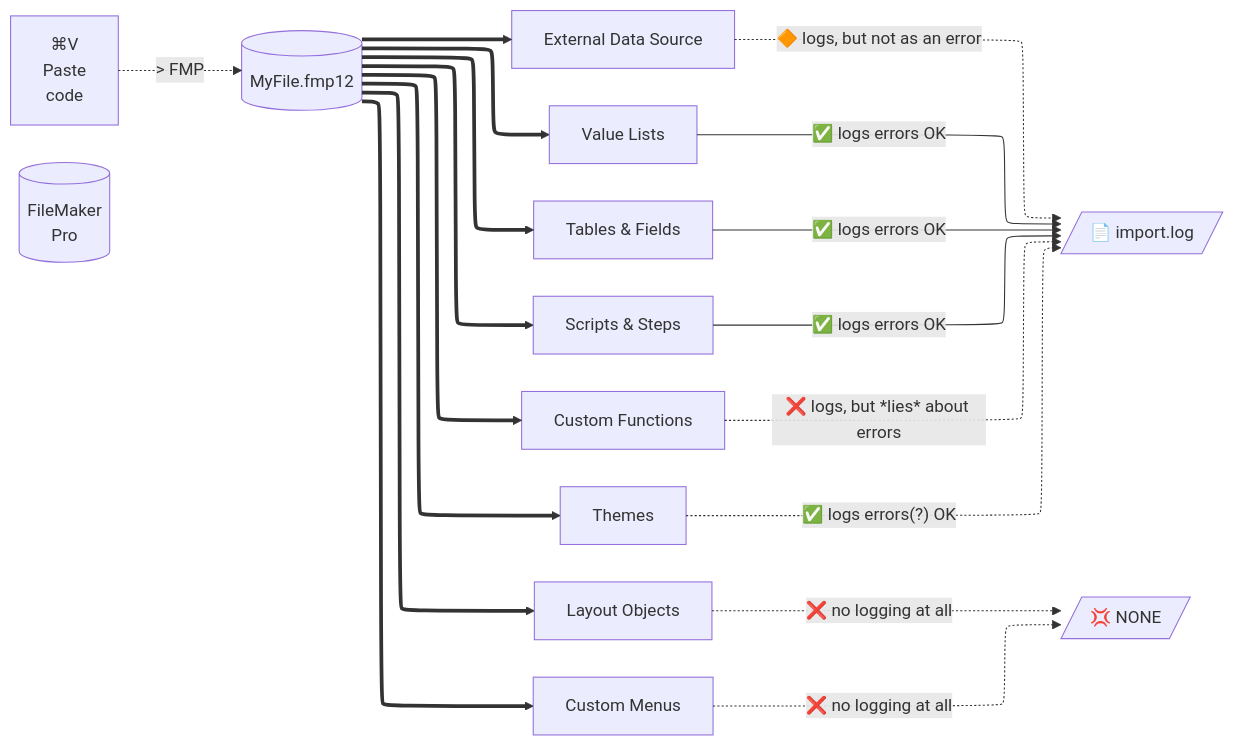
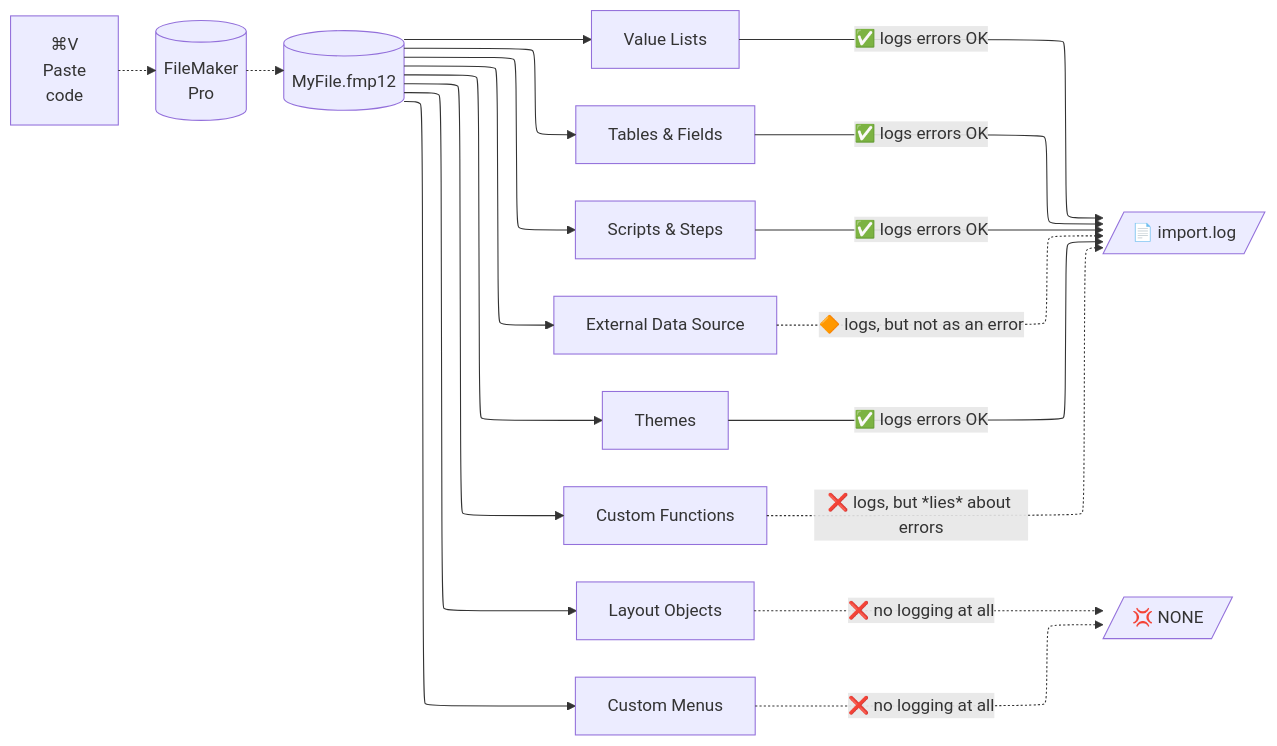
The second of 5 diagrams in did-that-just-break.md (mrwatson-de/fmworkmate.github.io), drawn with Mermaid before and after one commit. The commit also changed other lines of this file, not shown here.

Commit message:
Text and diagrammes tweaked

````diff
--- a/did-that-just-break.md
+++ b/did-that-just-break.md
@@ -67,35 +70,35 @@
 ```mermaid
 ---
 config:
   layout: elk
 ---
 flowchart LR
     Paste["⌘V
     Paste
     code"]
     File[("MyFile.fmp12")]
     FMP[("FileMaker
     Pro")]
     log[/"📄 import.log"/]
     NONE[/"💢 NONE"/]
 
-    Paste -.> FMP .-> File
+    Paste -.-> FMP -.-> File
 
-    File ==> EDS["External Data Source"]
-    File ==> VL["Value Lists"]
-    File ==> TAF["Tables & Fields"]
-    File ==> SCR["Scripts & Steps"]
-    File ==> CF["Custom Functions"]
-    File ==> THM["Themes"]
-    File ==> LAY["Layout Objects"]
-    File ==> CM["Custom Menus"]
+    File --> VL["Value Lists"]
+    File --> TAF["Tables & Fields"]
+    File --> SCR["Scripts & Steps"]
+    File --> EDS["External Data Source"]
+    File --> THM["Themes"]
+    File --> CF["Custom Functions"]
+    File --> LAY["Layout Objects"]
+    File --> CM["Custom Menus"]
 
     VL  -- ✅ logs errors OK                --> log
     TAF -- ✅ logs errors OK                --> log
     SCR -- ✅ logs errors OK                --> log
-    THM -. ✅ logs errors(?) OK             .-> log
+    THM -- ✅ logs errors OK                --> log
     EDS -. 🔶 logs, but not as an error     .-> log
     CF  -. ❌ logs, but *lies* about errors .-> log
     LAY -. ❌ no logging at all             .-> NONE
     CM  -. ❌ no logging at all             .-> NONE
 ```
````
